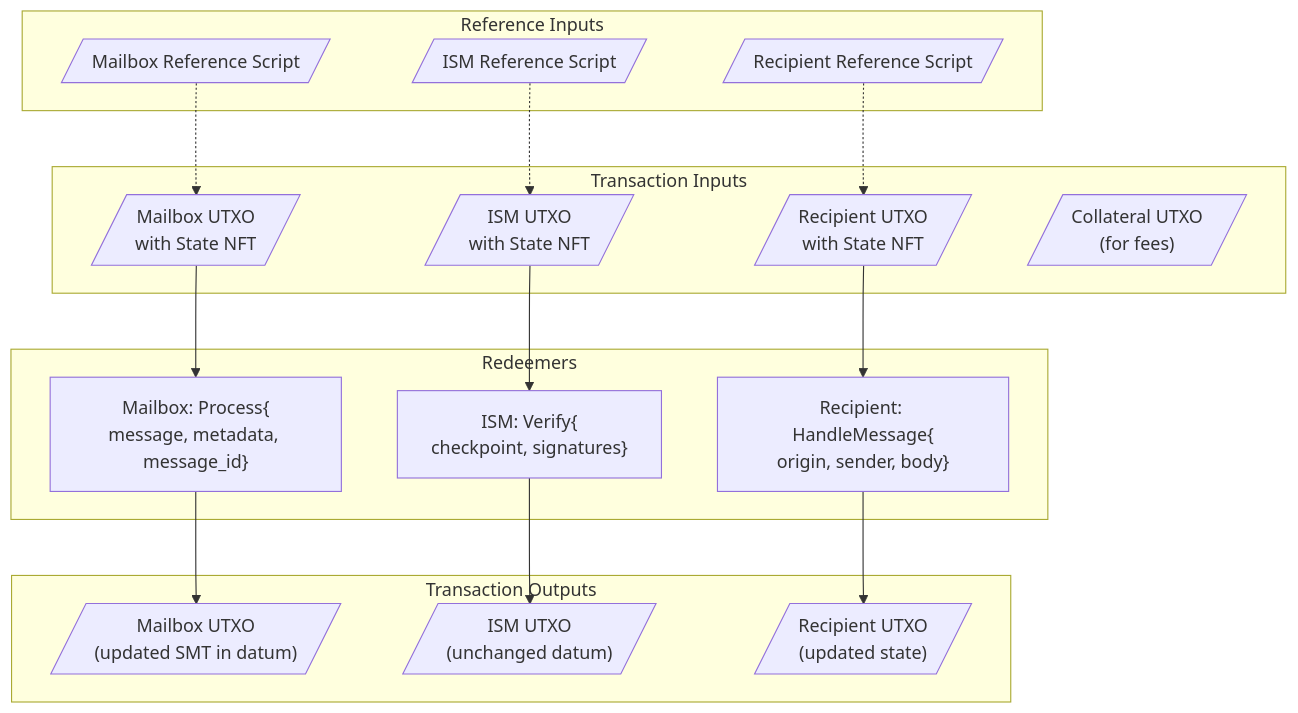
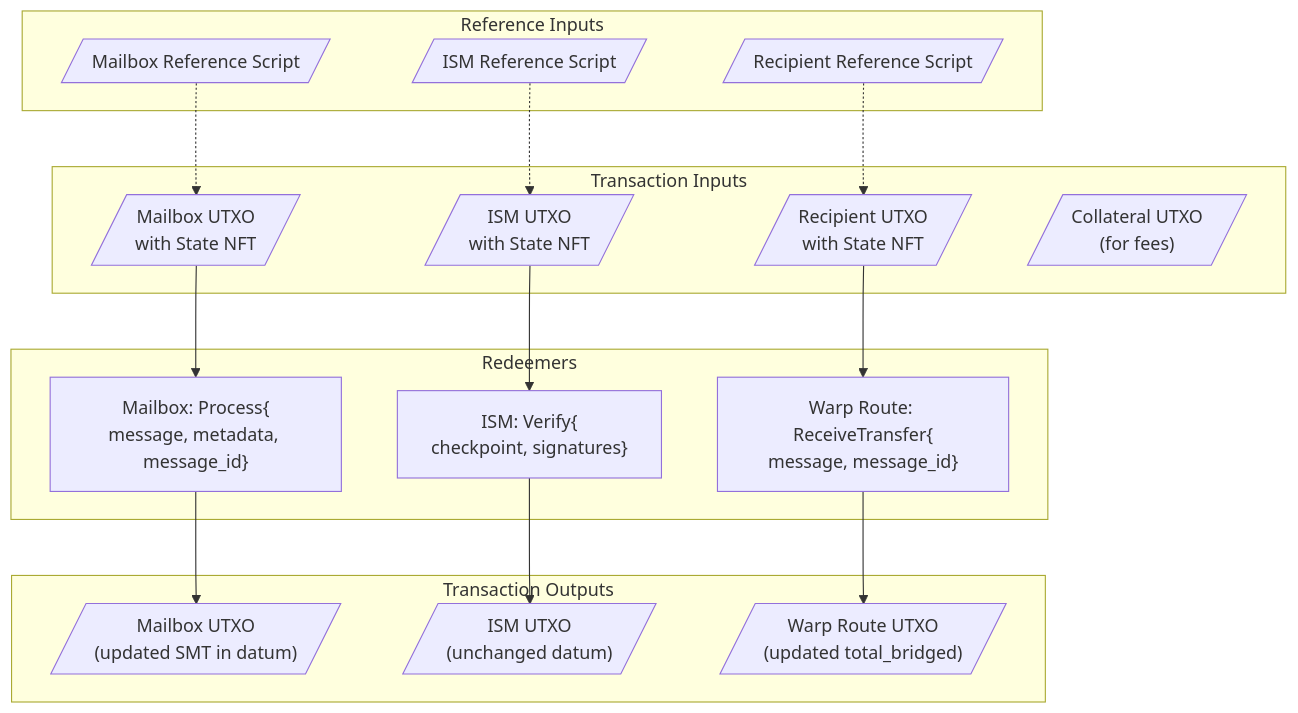
One commit to equilibriumco/hyperlane-monorepo changed the fourth of 11 diagrams in cardano/docs/CARDANO_GUIDE.md. Above: the diagram before and after it, drawn with Mermaid. The commit also changed other lines of this file, not shown here.

First line of the commit message:
docs(cardano): correct flow diagrams for warp redeemer and ISM binding

````diff
--- a/cardano/docs/CARDANO_GUIDE.md
+++ b/cardano/docs/CARDANO_GUIDE.md
@@ -198,39 +198,39 @@
 ```mermaid
 flowchart TB
     subgraph Inputs["Transaction Inputs"]
         MI[/"Mailbox UTXO<br/>with State NFT"/]
         II[/"ISM UTXO<br/>with State NFT"/]
         RI[/"Recipient UTXO<br/>with State NFT"/]
         CI[/"Collateral UTXO<br/>(for fees)"/]
     end
 
     subgraph RefInputs["Reference Inputs"]
         MBScript[/"Mailbox Reference Script"/]
         ISMScript[/"ISM Reference Script"/]
         RecScript[/"Recipient Reference Script"/]
     end
 
     subgraph Redeemers["Redeemers"]
         MR["Mailbox: Process{<br/>message, metadata, message_id}"]
         IR["ISM: Verify{<br/>checkpoint, signatures}"]
-        RR["Recipient: HandleMessage{<br/>origin, sender, body}"]
+        RR["Warp Route: ReceiveTransfer{<br/>message, message_id}"]
     end
 
     subgraph Outputs["Transaction Outputs"]
         MO[/"Mailbox UTXO<br/>(updated SMT in datum)"/]
         IO[/"ISM UTXO<br/>(unchanged datum)"/]
-        RO[/"Recipient UTXO<br/>(updated state)"/]
+        RO[/"Warp Route UTXO<br/>(updated total_bridged)"/]
     end
 
     MI --> MR
     II --> IR
     RI --> RR
 
     MR --> MO
     IR --> IO
     RR --> RO
 
     MBScript -.-> MI
     ISMScript -.-> II
     RecScript -.-> RI
 ```
````
